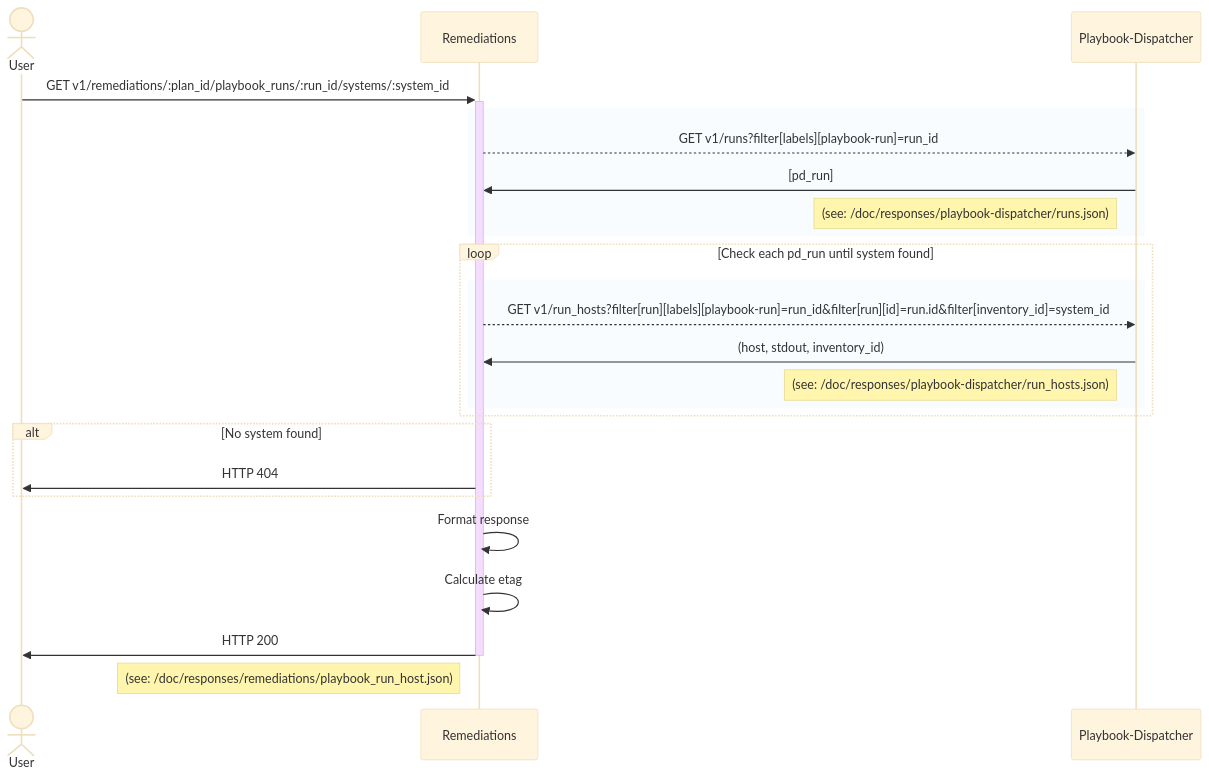
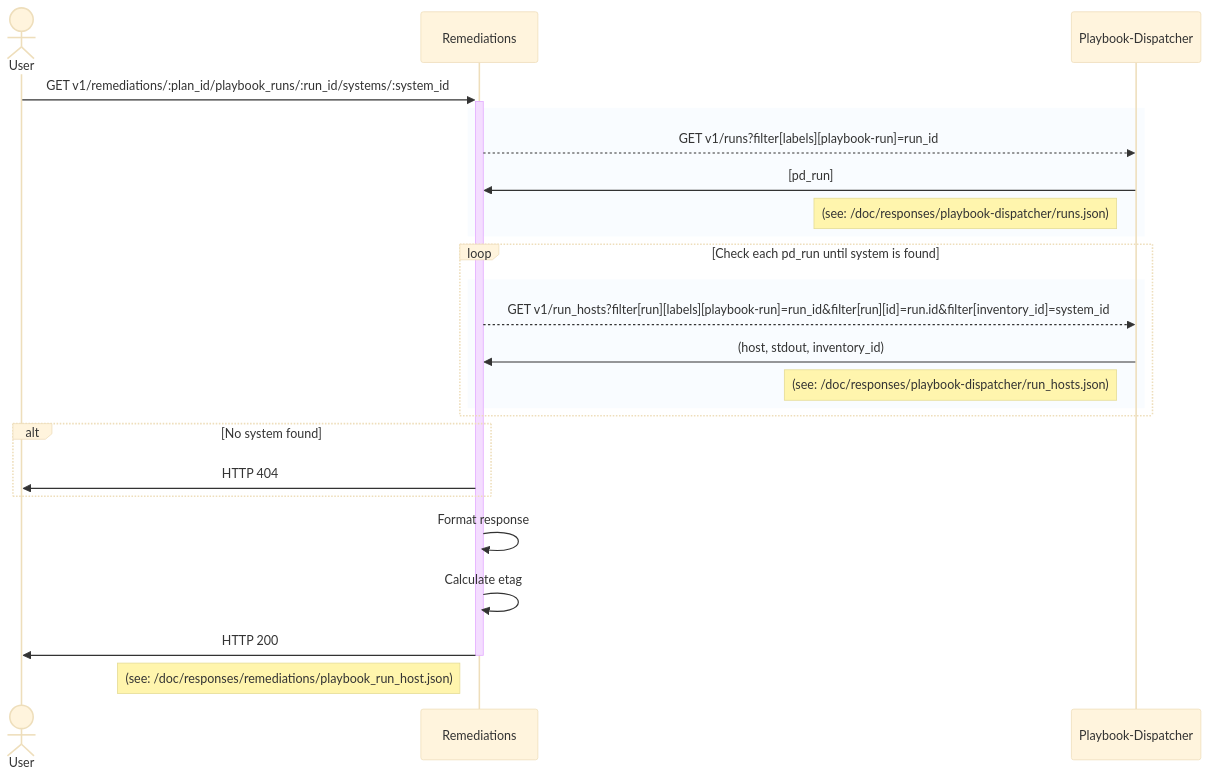
One commit to RedHatInsights/insights-remediations changed the diagram in doc/diagrams/v1/remediations/{plan_id}/playbook_runs/getSystemDetails.md. Above: the diagram before and after it, drawn with Mermaid (base theme).

Commit message:
Apply suggestion from @sourcery-ai[bot]

````diff
--- a/doc/diagrams/v1/remediations/{plan_id}/playbook_runs/getSystemDetails.md
+++ b/doc/diagrams/v1/remediations/{plan_id}/playbook_runs/getSystemDetails.md
@@ -15,30 +15,30 @@
 ```mermaid
 sequenceDiagram
     actor u as User
     participant rem as Remediations
     participant pd as Playbook-Dispatcher
 
     u ->> + rem: GET v1/remediations/:plan_id/playbook_runs/:run_id/systems/:system_id
 
     rect rgba(191, 223, 255, .1)
        rem -->> pd: GET v1/runs?filter[labels][playbook-run]=run_id
        pd ->> rem: [pd_run]
        note left of pd: (see: /doc/responses/playbook-dispatcher/runs.json)
     end
-    loop Check each pd_run until system found
+    loop Check each pd_run until system is found
        rect rgba(191, 223, 255, .1)
           rem -->> pd: GET v1/run_hosts?filter[run][labels][playbook-run]=run_id&filter[run][id]=run.id&filter[inventory_id]=system_id
           pd ->> rem: (host, stdout, inventory_id)
           note left of pd: (see: /doc/responses/playbook-dispatcher/run_hosts.json)
        end
     end
 
     alt No system found
        rem ->> u: HTTP 404
     end
  
     rem ->> rem: Format response
     rem ->> rem: Calculate etag
     rem ->> - u: HTTP 200
     note left of rem: (see: /doc/responses/remediations/playbook_run_host.json)
 ```
````
